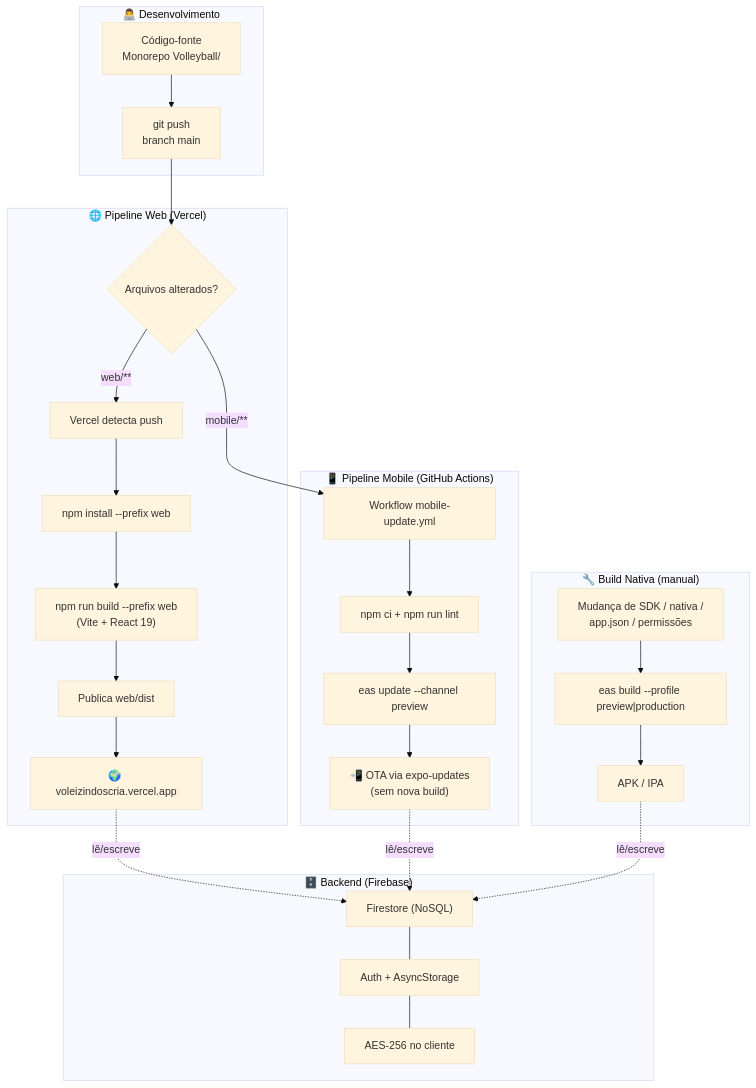
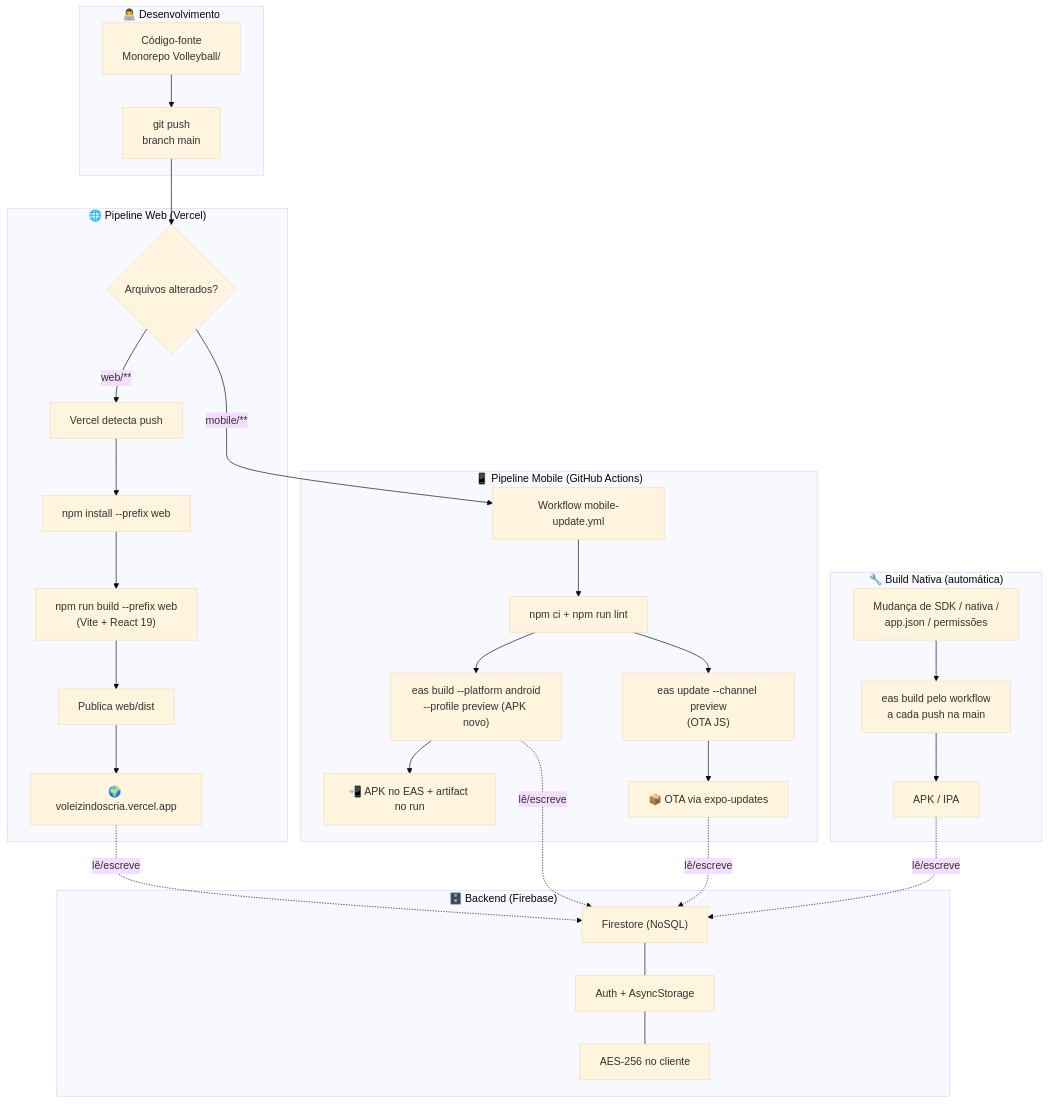
Before and after one commit to hectornetf/Volleyball: the diagram in README.md, drawn with Mermaid (base theme). The commit also changed other lines of this file and 10 other files, not shown here.

````diff
--- a/README.md
+++ b/README.md
@@ -70,41 +74,44 @@
 ```mermaid
 flowchart TB
     subgraph DEV["👨‍💻 Desenvolvimento"]
         A["Código-fonte<br/>Monorepo Volleyball/"]
         A --> B["git push<br/>branch main"]
     end
 
     B --> C{"Arquivos alterados?"}
 
     subgraph WEB["🌐 Pipeline Web (Vercel)"]
         C -- "web/**" --> D["Vercel detecta push"]
         D --> E["npm install --prefix web"]
         E --> F["npm run build --prefix web<br/>(Vite + React 19)"]
         F --> G["Publica web/dist"]
         G --> H["🌍 voleizindoscria.vercel.app"]
     end
 
     subgraph MOBILE["📱 Pipeline Mobile (GitHub Actions)"]
         C -- "mobile/**" --> I["Workflow mobile-update.yml"]
         I --> J["npm ci + npm run lint"]
-        J --> K["eas update --channel preview"]
-        K --> L["📲 OTA via expo-updates<br/>(sem nova build)"]
+        J --> K["eas build --platform android<br/>--profile preview (APK novo)"]
+        J --> K2["eas update --channel preview<br/>(OTA JS)"]
+        K --> L["📲 APK no EAS + artifact no run"]
+        K2 --> M2["📦 OTA via expo-updates"]
     end
 
-    subgraph NATIVE["🔧 Build Nativa (manual)"]
+    subgraph NATIVE["🔧 Build Nativa (automática)"]
         M["Mudança de SDK / nativa /<br/>app.json / permissões"]
-        M --> N["eas build --profile preview|production"]
+        M --> N["eas build pelo workflow<br/>a cada push na main"]
         N --> O["APK / IPA"]
     end
 
     subgraph DATA["🗄️ Backend (Firebase)"]
         P["Firestore (NoSQL)"]
         Q["Auth + AsyncStorage"]
         R["AES-256 no cliente"]
     end
 
     H -. "lê/escreve" .-> P
-    L -. "lê/escreve" .-> P
+    K -. "lê/escreve" .-> P
+    M2 -. "lê/escreve" .-> P
     O -. "lê/escreve" .-> P
     P --- Q --- R
 ```
````
